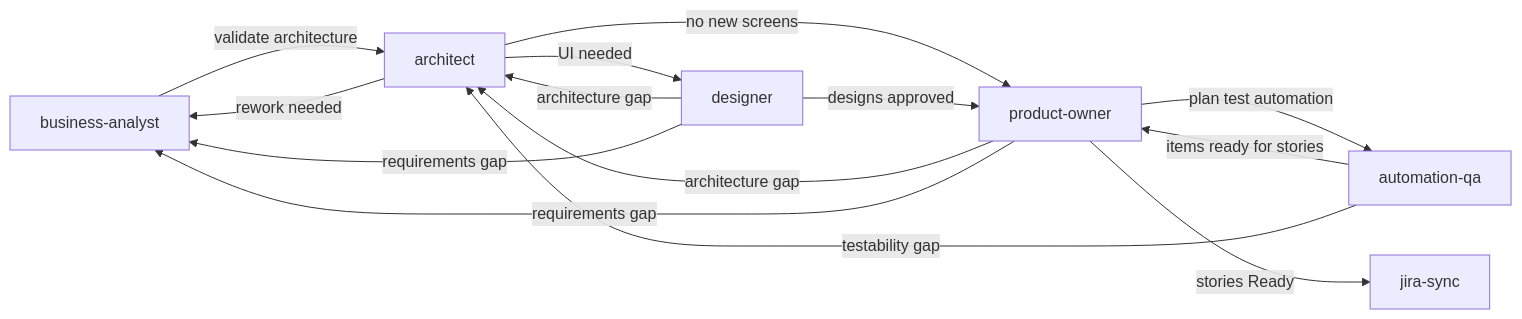
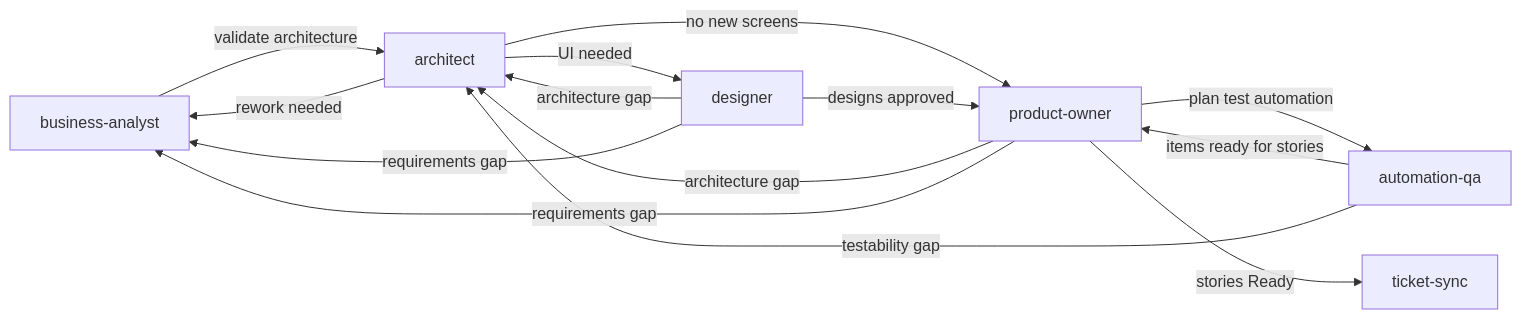
The diagram in content/seed/.github/copilot-instructions.md (velladaniel/Sdlc.Planner), drawn with Mermaid before and after one commit. The commit also changed other lines of this file and 21 other files, not shown here.

First line of the commit message:
feat: Introduce ticket-sync agent for Jira and Kaneo integration

````diff
--- a/content/seed/.github/copilot-instructions.md
+++ b/content/seed/.github/copilot-instructions.md
@@ -35,16 +35,16 @@
 ```mermaid
 flowchart LR
     BA[business-analyst] -->|validate architecture| ARCH[architect]
     ARCH -->|rework needed| BA
     ARCH -->|UI needed| DES[designer]
     ARCH -->|no new screens| PO[product-owner]
     DES -->|designs approved| PO
     DES -->|architecture gap| ARCH
     DES -->|requirements gap| BA
     PO -->|architecture gap| ARCH
     PO -->|requirements gap| BA
     PO -->|plan test automation| AQA[automation-qa]
     AQA -->|items ready for stories| PO
     AQA -->|testability gap| ARCH
-    PO -->|stories Ready| JIRA[jira-sync]
+    PO -->|stories Ready| TICKETS[ticket-sync]
 ```
````
